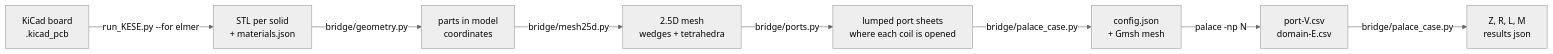
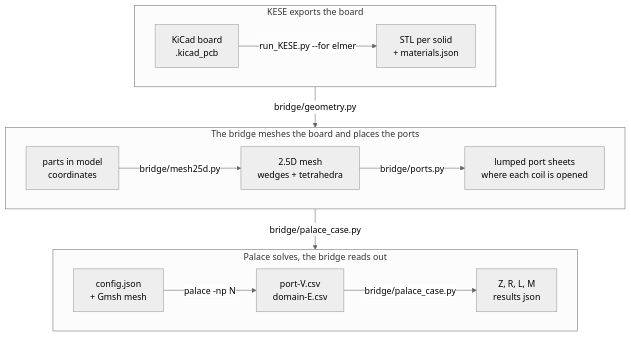
The diagram in docs/wiki/Palace-Walkthrough.md (RolandThsive/KiCad-EM-Stackup-Exporter-KESE), drawn with Mermaid (neutral theme) before and after one commit. The commit also changed 3 other files, not shown here.

First line of the commit message:
Wiki: each walkthrough's How It Fits Together diagram in rows

````diff
--- a/docs/wiki/Palace-Walkthrough.md
+++ b/docs/wiki/Palace-Walkthrough.md
@@ -41,10 +41,17 @@
 ```mermaid
-flowchart LR
-    A[KiCad board<br>.kicad_pcb] -->|run_KESE.py --for elmer| B[STL per solid<br>+ materials.json]
-    B -->|bridge/geometry.py| C[parts in model<br>coordinates]
-    C -->|bridge/mesh25d.py| D[2.5D mesh<br>wedges + tetrahedra]
-    D -->|bridge/ports.py| E[lumped port sheets<br>where each coil is opened]
-    E -->|bridge/palace_case.py| F[config.json<br>+ Gmsh mesh]
-    F -->|palace -np N| G[port-V.csv<br>domain-E.csv]
-    G -->|bridge/palace_case.py| H[Z, R, L, M<br>results json]
+flowchart TB
+    subgraph S1["KESE exports the board"]
+        direction LR
+        A[KiCad board<br>.kicad_pcb] -->|run_KESE.py --for elmer| B[STL per solid<br>+ materials.json]
+    end
+    subgraph S2["The bridge meshes the board and places the ports"]
+        direction LR
+        C[parts in model<br>coordinates] -->|bridge/mesh25d.py| D[2.5D mesh<br>wedges + tetrahedra] -->|bridge/ports.py| E[lumped port sheets<br>where each coil is opened]
+    end
+    subgraph S3["Palace solves, the bridge reads out"]
+        direction LR
+        F[config.json<br>+ Gmsh mesh] -->|palace -np N| G[port-V.csv<br>domain-E.csv] -->|bridge/palace_case.py| H[Z, R, L, M<br>results json]
+    end
+    S1 -->|bridge/geometry.py| S2
+    S2 -->|bridge/palace_case.py| S3
 ```
````
